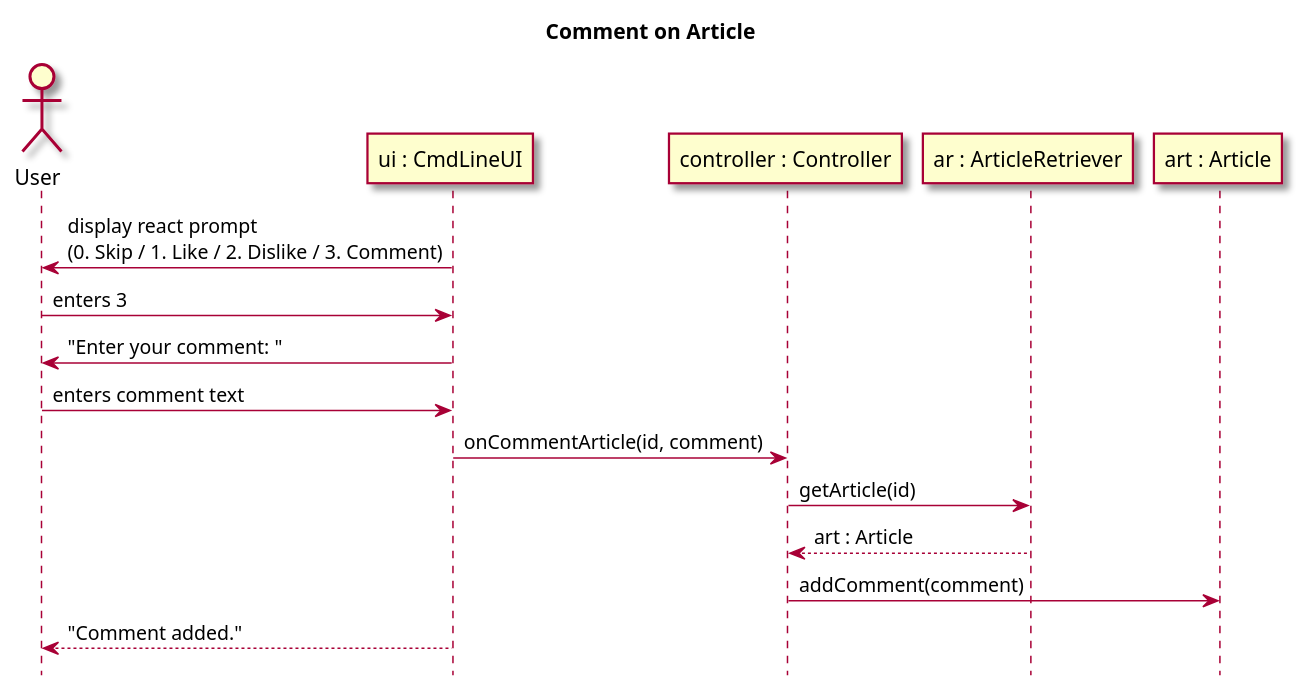
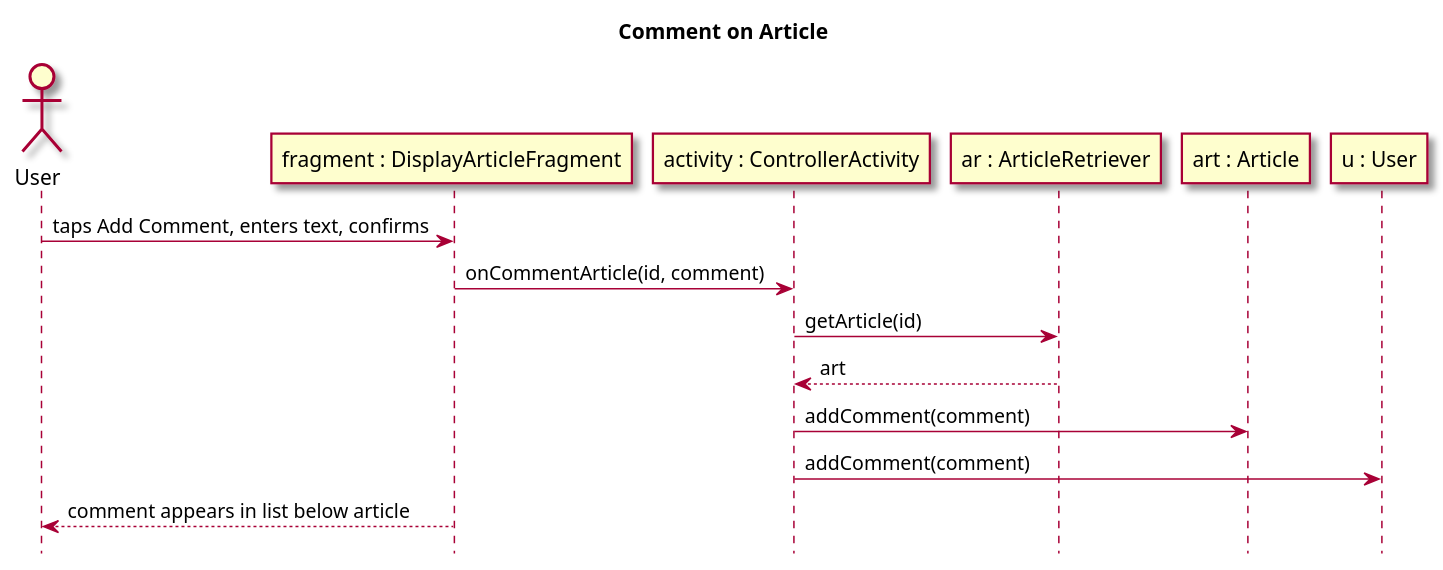
One commit to owhitleym-ui/EcoScoop changed the fourth of 5 diagrams in intellij/doc/use-cases/react-article.md. Above: the diagram before and after it, drawn with PlantUML. The commit also changed other lines of this file and 12 other files, not shown here.

Commit message:
Updated documentation, class diagram, use cases, and readme

````diff
--- a/intellij/doc/use-cases/react-article.md
+++ b/intellij/doc/use-cases/react-article.md
@@ -125,24 +117,23 @@
 ```plantuml
 @startuml
 skin rose
 hide footbox
 title Comment on Article
 
 actor User as user
-participant "ui : CmdLineUI" as UI
-participant "controller : Controller" as controller
+participant "fragment : DisplayArticleFragment" as UI
+participant "activity : ControllerActivity" as controller
 participant "ar : ArticleRetriever" as AR
 participant "art : Article" as article
+participant "u : User" as userModel
 
-UI -> user : display react prompt\n(0. Skip / 1. Like / 2. Dislike / 3. Comment)
-user -> UI : enters 3
-UI -> user : "Enter your comment: "
-user -> UI : enters comment text
+user -> UI : taps Add Comment, enters text, confirms
 UI -> controller : onCommentArticle(id, comment)
 controller -> AR : getArticle(id)
-AR --> controller : art : Article
+AR --> controller : art
 controller -> article : addComment(comment)
-UI --> user : "Comment added."
+controller -> userModel : addComment(comment)
+UI --> user : comment appears in list below article
 
 @enduml
 ```
````
